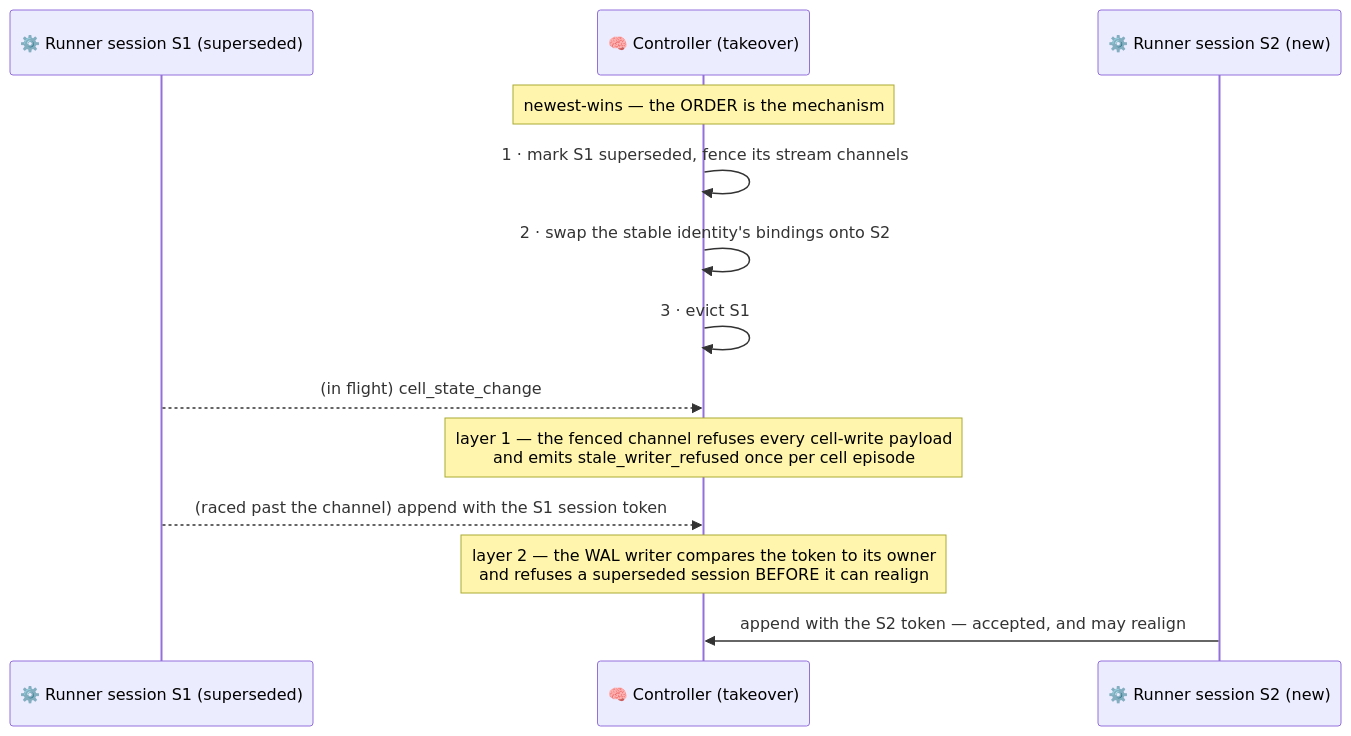
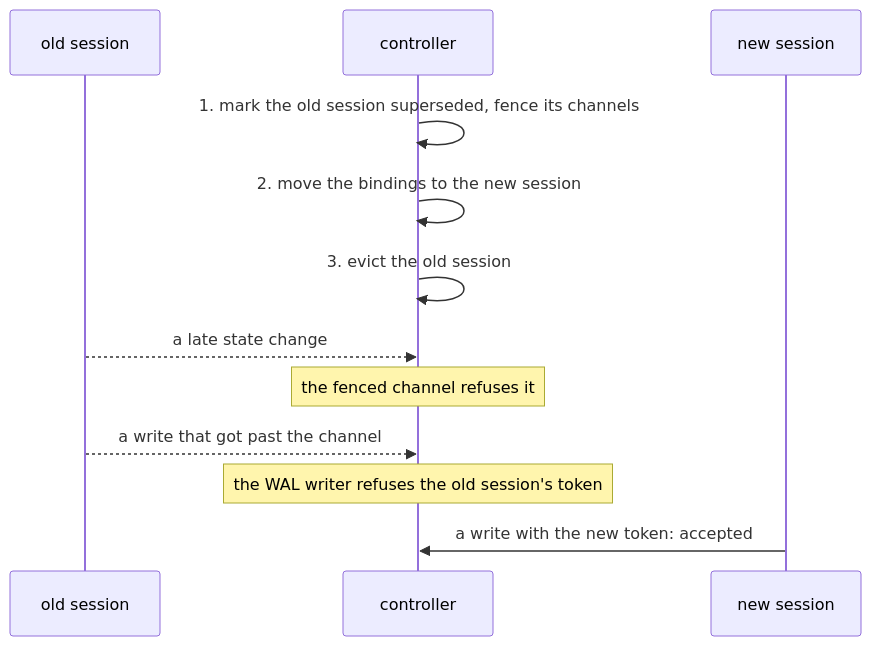
The ninth of 10 diagrams in docs/architecture/kernel.md (Flezha/flezha), drawn with Mermaid before and after one commit. The commit also changed other lines of this file and 10 other files, not shown here.

First line of the commit message:
Publish the architecture pages as their own chapter in the docs

````diff
--- a/docs/architecture/kernel.md
+++ b/docs/architecture/kernel.md
@@ -694,19 +549,15 @@
 ```mermaid
 sequenceDiagram
-    participant OLD as ⚙️ Runner session S1 (superseded)
-    participant CTRL as 🧠 Controller (takeover)
-    participant NEW as ⚙️ Runner session S2 (new)
+    participant A as old session
+    participant C as controller
+    participant B as new session
 
-    Note over CTRL: newest-wins — the ORDER is the mechanism
-    CTRL->>CTRL: 1 · mark S1 superseded, fence its stream channels
-    CTRL->>CTRL: 2 · swap the stable identity's bindings onto S2
-    CTRL->>CTRL: 3 · evict S1
-
-    OLD-->>CTRL: (in flight) cell_state_change
-    Note over CTRL: layer 1 — the fenced channel refuses every cell-write payload<br/>and emits stale_writer_refused once per cell episode
-
-    OLD-->>CTRL: (raced past the channel) append with the S1 session token
-    Note over CTRL: layer 2 — the WAL writer compares the token to its owner<br/>and refuses a superseded session BEFORE it can realign
-
-    NEW->>CTRL: append with the S2 token — accepted, and may realign
+    C->>C: 1. mark the old session superseded, fence its channels
+    C->>C: 2. move the bindings to the new session
+    C->>C: 3. evict the old session
+    A-->>C: a late state change
+    Note over C: the fenced channel refuses it
+    A-->>C: a write that got past the channel
+    Note over C: the WAL writer refuses the old session's token
+    B->>C: a write with the new token: accepted
 ```
````
